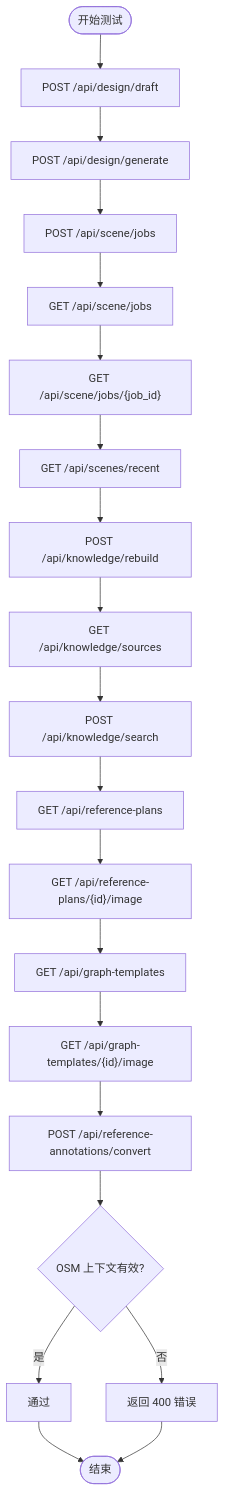
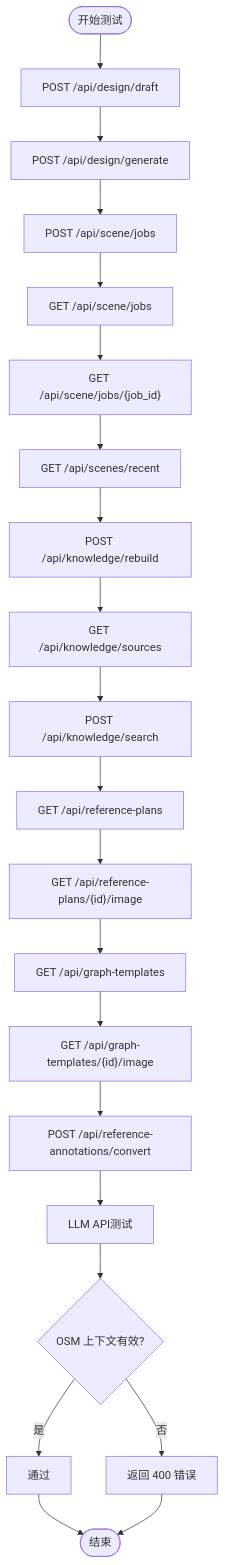
The fourth of 5 diagrams in .qoder/repowiki/zh/content/开发者指南/开发者指南.md (wsqstar/RoadGen3D), drawn with Mermaid before and after one commit. The commit also changed other lines of this file and 4 other files, not shown here.

````diff
--- a/.qoder/repowiki/zh/content/开发者指南/开发者指南.md
+++ b/.qoder/repowiki/zh/content/开发者指南/开发者指南.md
@@ -245,22 +254,23 @@
 ```mermaid
 flowchart TD
 Start(["开始测试"]) --> Draft["POST /api/design/draft"]
 Draft --> Gen["POST /api/design/generate"]
 Gen --> Job["POST /api/scene/jobs"]
 Job --> ListJobs["GET /api/scene/jobs"]
 ListJobs --> GetJob["GET /api/scene/jobs/{job_id}"]
 GetJob --> Recent["GET /api/scenes/recent"]
 Recent --> Rebuild["POST /api/knowledge/rebuild"]
 Rebuild --> Sources["GET /api/knowledge/sources"]
 Sources --> Search["POST /api/knowledge/search"]
 Search --> RefPlans["GET /api/reference-plans"]
 RefPlans --> RefImg["GET /api/reference-plans/{id}/image"]
 RefImg --> GraphTemplates["GET /api/graph-templates"]
 GraphTemplates --> GraphImg["GET /api/graph-templates/{id}/image"]
 GraphImg --> Convert["POST /api/reference-annotations/convert"]
-Convert --> OSMCheck{"OSM 上下文有效?"}
+Convert --> LLMTest["LLM API测试"]
+LLMTest --> OSMCheck{"OSM 上下文有效?"}
 OSMCheck --> |否| Err["返回 400 错误"]
 OSMCheck --> |是| Pass["通过"]
 Pass --> End(["结束"])
 Err --> End
 ```
````
